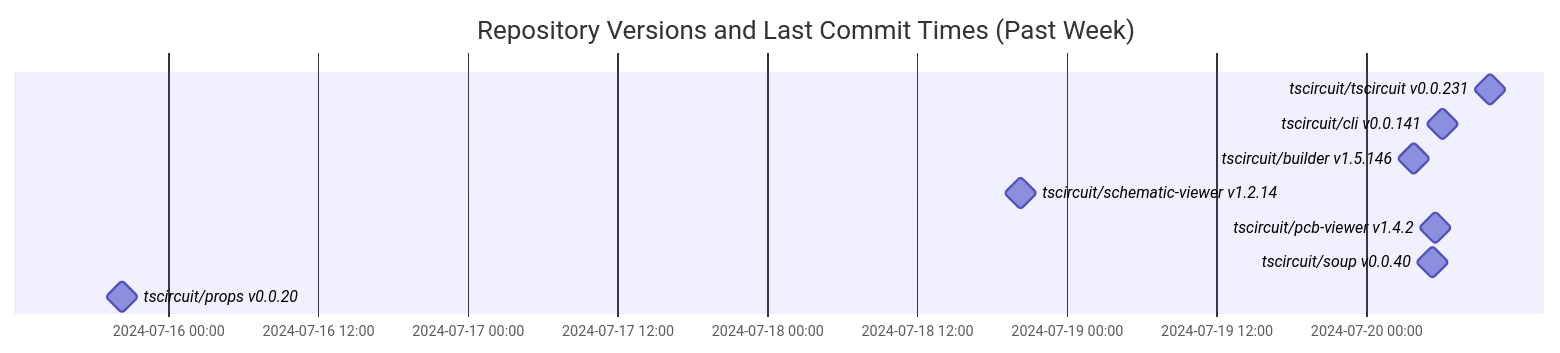
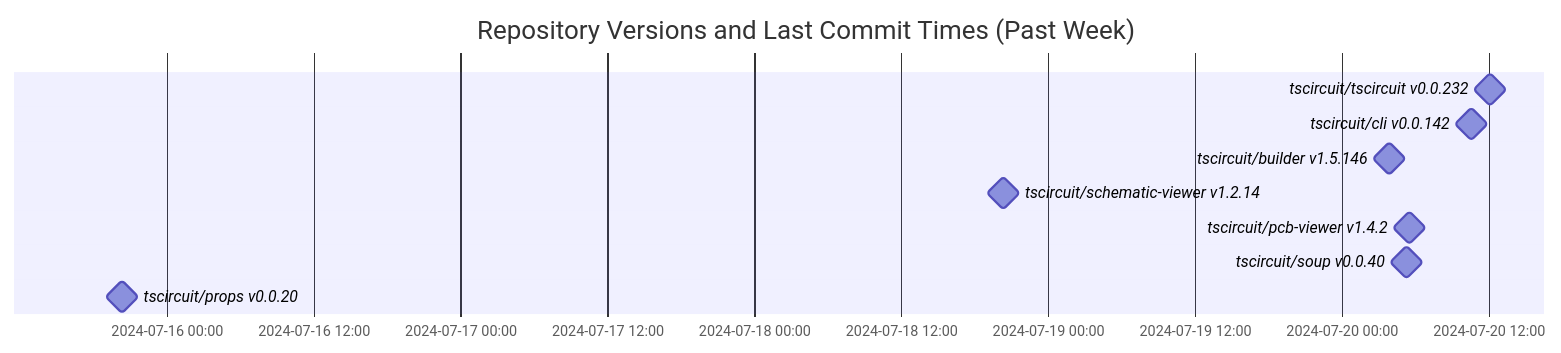
Before and after one commit to tscircuit/version-tracker: the diagram in README.md, drawn with Mermaid.

Commit message:
Update chart

````diff
--- a/README.md
+++ b/README.md
@@ -1,14 +1,14 @@
 ```mermaid
 gantt
   dateFormat  YYYY-MM-DD HH:mm:ss
   title Repository Versions and Last Commit Times (Past Week)
   axisFormat %Y-%m-%d %H:%M
 
-  tscircuit/tscircuit v0.0.231 : milestone, 2024-07-20 09:56:23, 1s
-  tscircuit/cli v0.0.141 : milestone, 2024-07-20 06:06:31, 1s
+  tscircuit/tscircuit v0.0.232 : milestone, 2024-07-20 12:09:48, 1s
+  tscircuit/cli v0.0.142 : milestone, 2024-07-20 10:36:15, 1s
   tscircuit/builder v1.5.146 : milestone, 2024-07-20 03:52:26, 1s
   tscircuit/schematic-viewer v1.2.14 : milestone, 2024-07-18 20:20:40, 1s
   tscircuit/pcb-viewer v1.4.2 : milestone, 2024-07-20 05:34:23, 1s
   tscircuit/soup v0.0.40 : milestone, 2024-07-20 05:18:19, 1s
   tscircuit/props v0.0.20 : milestone, 2024-07-15 20:19:59, 1s
 ```
````
